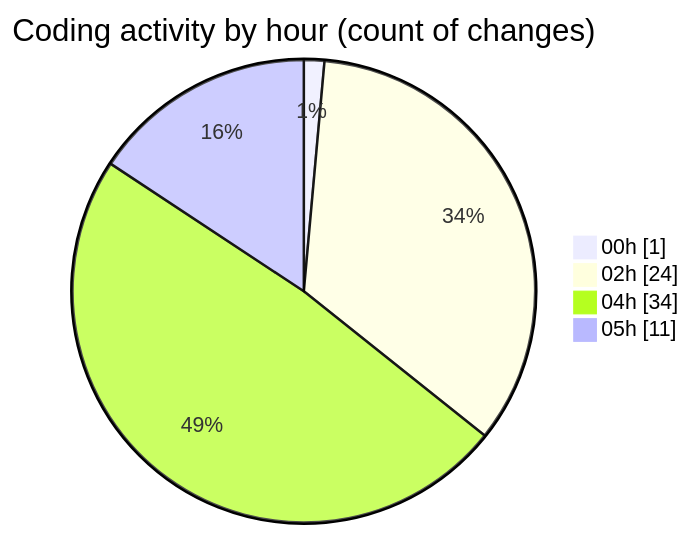
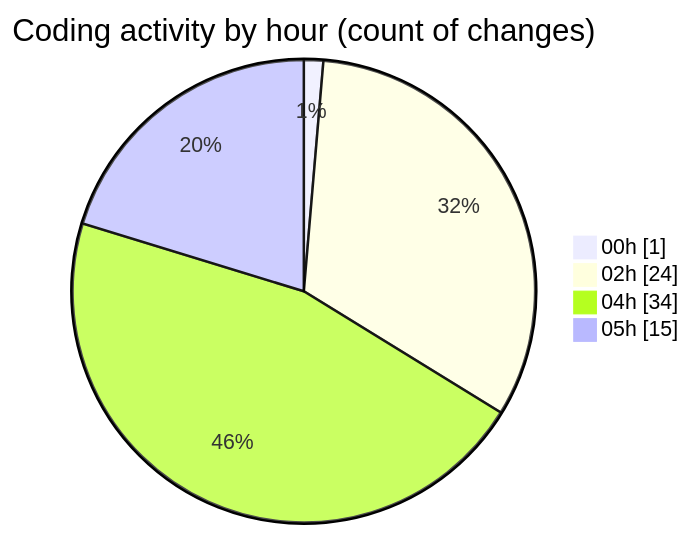
One commit to julien-gomy/code-tracking changed the second of 2 diagrams in 2025-11-23/eventscop-api-guide__workspace_/README.md. Above: the diagram before and after it, drawn with Mermaid. The commit also changed other lines of this file and 1 other file, not shown here.

````diff
--- a/2025-11-23/eventscop-api-guide__workspace_/README.md
+++ b/2025-11-23/eventscop-api-guide__workspace_/README.md
@@ -38,8 +39,8 @@
 ```mermaid
 pie showData
 title Coding activity by hour (count of changes)
 "00h" : 1
 "02h" : 24
 "04h" : 34
-"05h" : 11
+"05h" : 15
 ```
````
